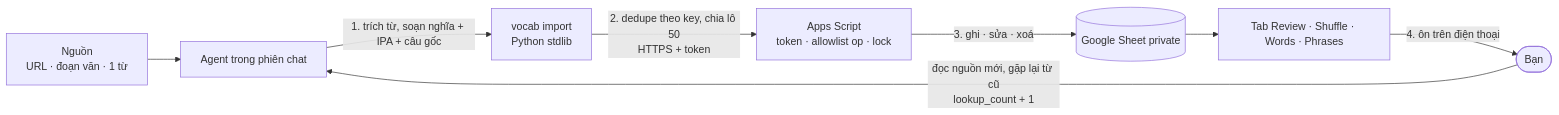
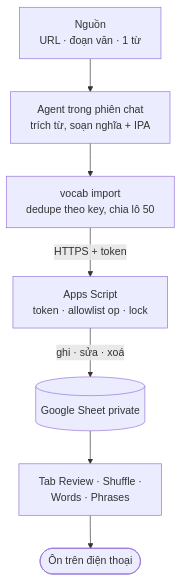
The diagram in README.md (nkvuphuong/vocab-cli), drawn with Mermaid before and after one commit. The commit also changed other lines of this file, not shown here.

Commit message:
docs: own section for the flow diagram, vertical layout so it fits a phone

````diff
--- a/README.md
+++ b/README.md
@@ -23,10 +29,9 @@
 ```mermaid
-flowchart LR
-    src["Nguồn<br/>URL · đoạn văn · 1 từ"] --> agent["Agent trong phiên chat"]
-    agent -->|"1. trích từ, soạn nghĩa + IPA + câu gốc"| cli["vocab import<br/>Python stdlib"]
-    cli -->|"2. dedupe theo key, chia lô 50<br/>HTTPS + token"| gas["Apps Script<br/>token · allowlist op · lock"]
-    gas -->|"3. ghi · sửa · xoá"| sheet[("Google Sheet private")]
-    sheet --> tabs["Tab Review · Shuffle · Words · Phrases"]
-    tabs -->|"4. ôn trên điện thoại"| you(["Bạn"])
-    you -->|"đọc nguồn mới, gặp lại từ cũ<br/>lookup_count + 1"| agent
+flowchart TD
+    src["Nguồn<br/>URL · đoạn văn · 1 từ"] --> agent["Agent trong phiên chat<br/>trích từ, soạn nghĩa + IPA"]
+    agent --> cli["vocab import<br/>dedupe theo key, chia lô 50"]
+    cli -->|"HTTPS + token"| gas["Apps Script<br/>token · allowlist op · lock"]
+    gas -->|"ghi · sửa · xoá"| sheet[("Google Sheet private")]
+    sheet --> tabs["Tab Review · Shuffle ·<br/>Words · Phrases"]
+    tabs --> you(["Ôn trên điện thoại"])
 ```
````
